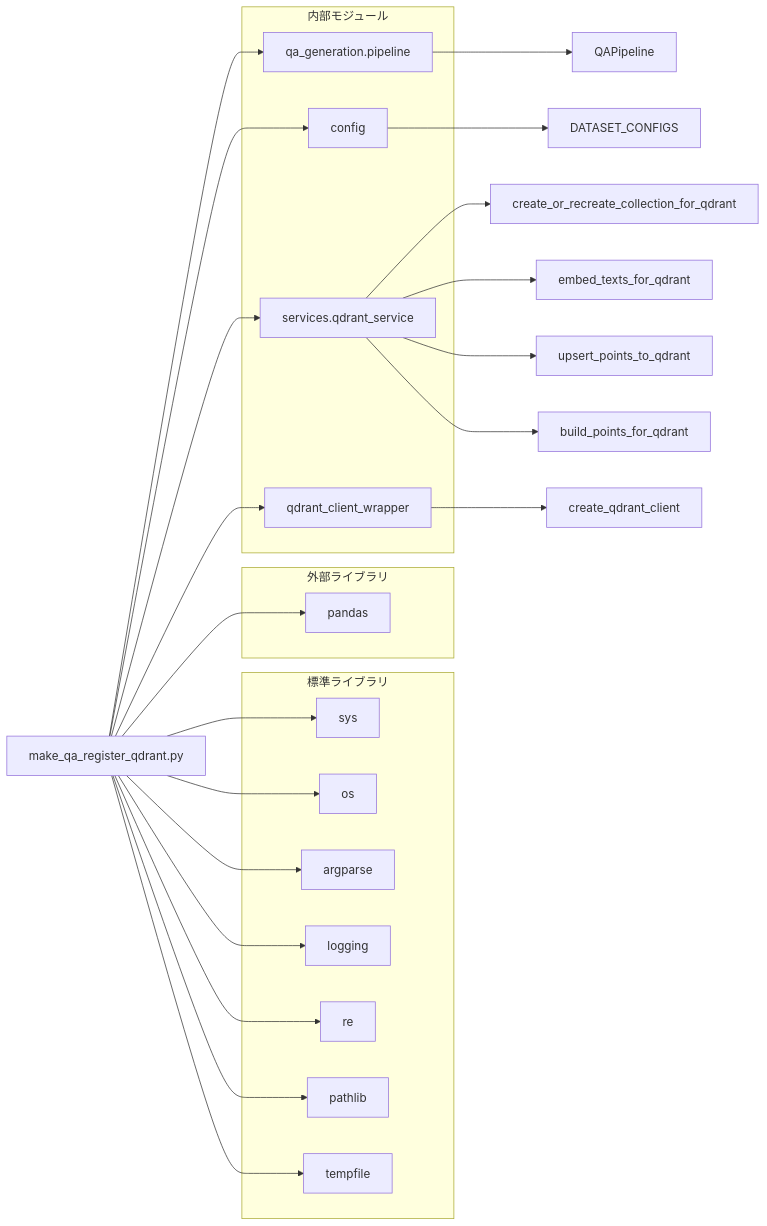
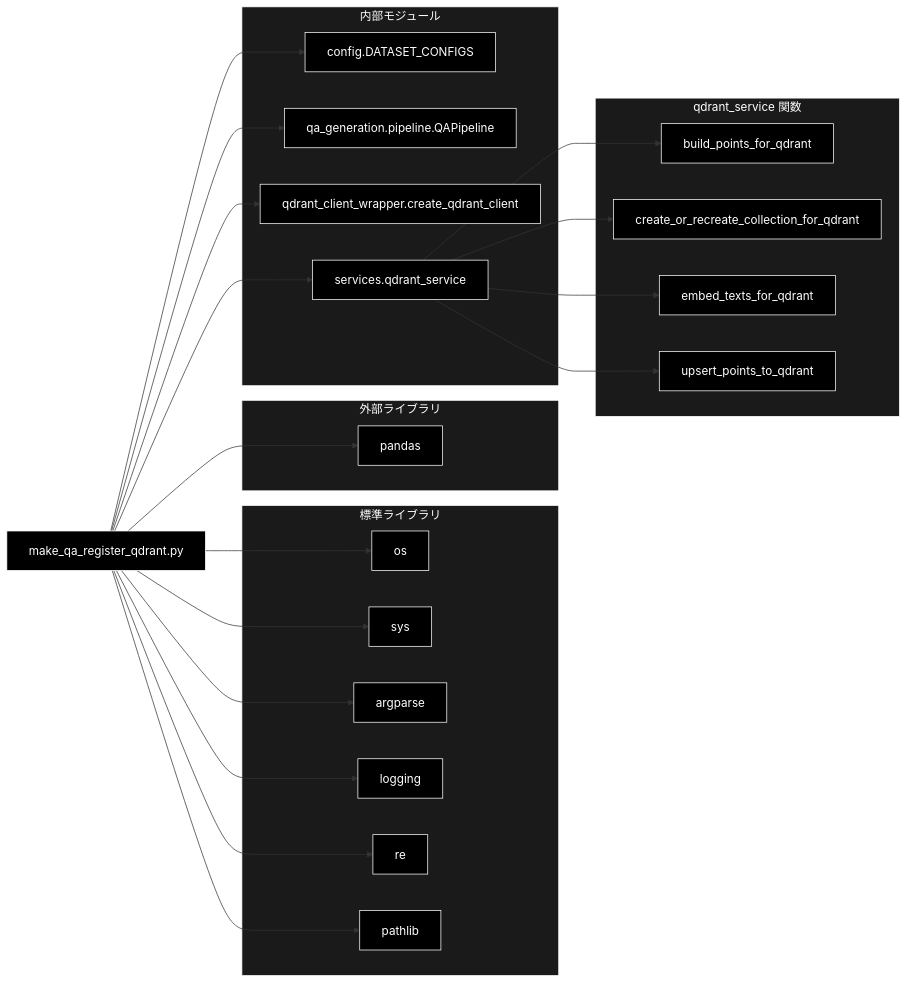
The third of 3 diagrams in qa_qdrant/doc/make_qa_register_qdrant.md (nakashima2toshio/anthropic_grace_agent_v2), drawn with Mermaid before and after one commit. The commit also changed other lines of this file and 4 other files, not shown here.

````diff
--- a/qa_qdrant/doc/make_qa_register_qdrant.md
+++ b/qa_qdrant/doc/make_qa_register_qdrant.md
@@ -531,46 +516,54 @@
 ```mermaid
 flowchart LR
-    MAIN[make_qa_register_qdrant.py]
+    MAIN["make_qa_register_qdrant.py"]
 
     subgraph STDLIB["標準ライブラリ"]
-        SYS[sys]
-        OS[os]
-        ARGPARSE[argparse]
-        LOGGING[logging]
-        RE[re]
-        PATHLIB[pathlib]
-        TEMPFILE[tempfile]
+        OS["os"]
+        SYS["sys"]
+        ARGPARSE["argparse"]
+        LOGGING["logging"]
+        RE["re"]
+        PATHLIB["pathlib"]
     end
 
-    subgraph EXTERNAL["外部ライブラリ"]
-        PANDAS[pandas]
+    subgraph EXTLIB["外部ライブラリ"]
+        PANDAS["pandas"]
     end
 
     subgraph INTERNAL["内部モジュール"]
-        PIPELINE[qa_generation.pipeline]
-        CONFIG[config]
-        QDRANT_SVC[services.qdrant_service]
-        WRAPPER[qdrant_client_wrapper]
+        CFG["config.DATASET_CONFIGS"]
+        PIPE["qa_generation.pipeline.QAPipeline"]
+        QCW["qdrant_client_wrapper.create_qdrant_client"]
+        QSVC["services.qdrant_service"]
     end
 
+    subgraph QSVC_FN["qdrant_service 関数"]
+        FN1["build_points_for_qdrant"]
+        FN2["create_or_recreate_collection_for_qdrant"]
+        FN3["embed_texts_for_qdrant"]
+        FN4["upsert_points_to_qdrant"]
+    end
+
+    MAIN --> OS
     MAIN --> SYS
-    MAIN --> OS
     MAIN --> ARGPARSE
     MAIN --> LOGGING
     MAIN --> RE
     MAIN --> PATHLIB
-    MAIN --> TEMPFILE
     MAIN --> PANDAS
-    MAIN --> PIPELINE
-    MAIN --> CONFIG
-    MAIN --> QDRANT_SVC
-    MAIN --> WRAPPER
-
-    PIPELINE --> QA_PIPE[QAPipeline]
-    CONFIG --> DATASET[DATASET_CONFIGS]
-    QDRANT_SVC --> CREATE_COLL[create_or_recreate_collection_for_qdrant]
-    QDRANT_SVC --> EMBED[embed_texts_for_qdrant]
-    QDRANT_SVC --> UPSERT[upsert_points_to_qdrant]
-    QDRANT_SVC --> BUILD[build_points_for_qdrant]
-    WRAPPER --> CLIENT[create_qdrant_client]
+    MAIN --> CFG
+    MAIN --> PIPE
+    MAIN --> QCW
+    MAIN --> QSVC
+    QSVC --> FN1
+    QSVC --> FN2
+    QSVC --> FN3
+    QSVC --> FN4
+classDef default fill:#000,stroke:#fff,color:#fff
+classDef subgraphStyle fill:#1a1a1a,stroke:#fff,color:#fff
+class MAIN,OS,SYS,ARGPARSE,LOGGING,RE,PATHLIB,PANDAS,CFG,PIPE,QCW,QSVC,FN1,FN2,FN3,FN4 default
+style STDLIB fill:#1a1a1a,stroke:#fff,color:#fff
+style EXTLIB fill:#1a1a1a,stroke:#fff,color:#fff
+style INTERNAL fill:#1a1a1a,stroke:#fff,color:#fff
+style QSVC_FN fill:#1a1a1a,stroke:#fff,color:#fff
 ```
````
